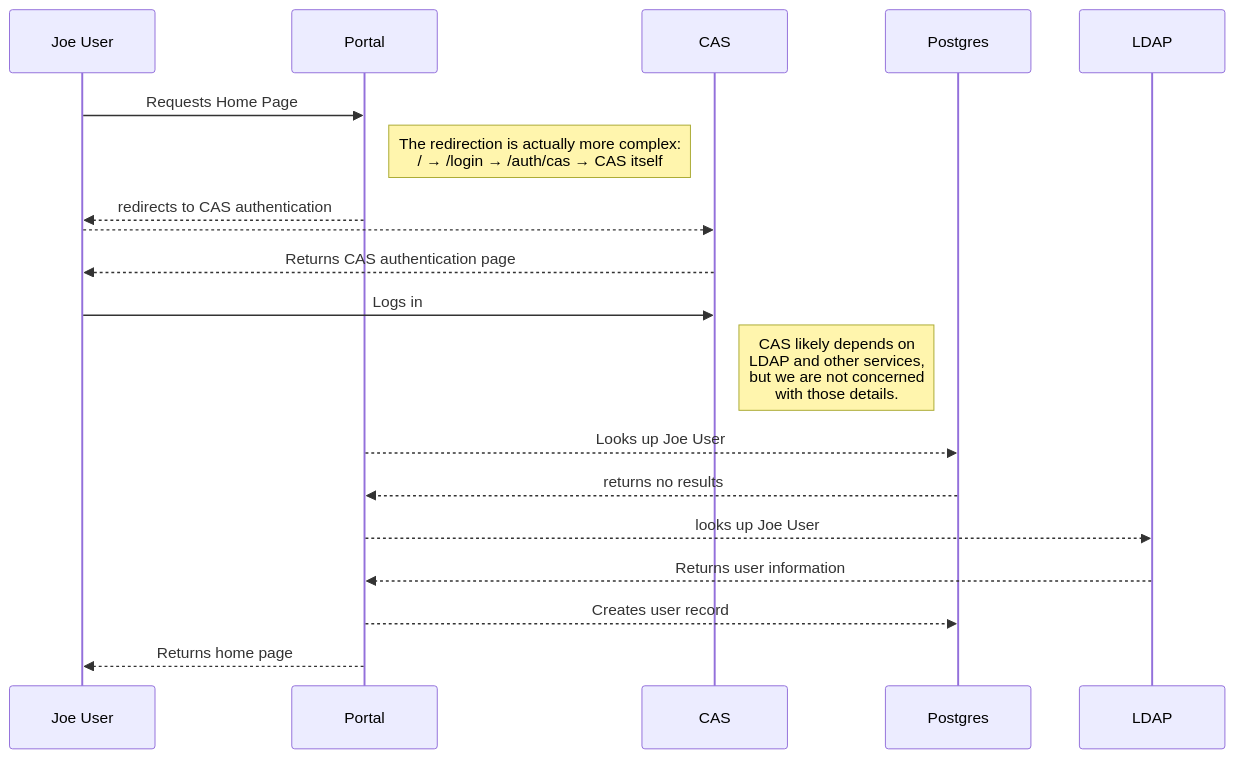
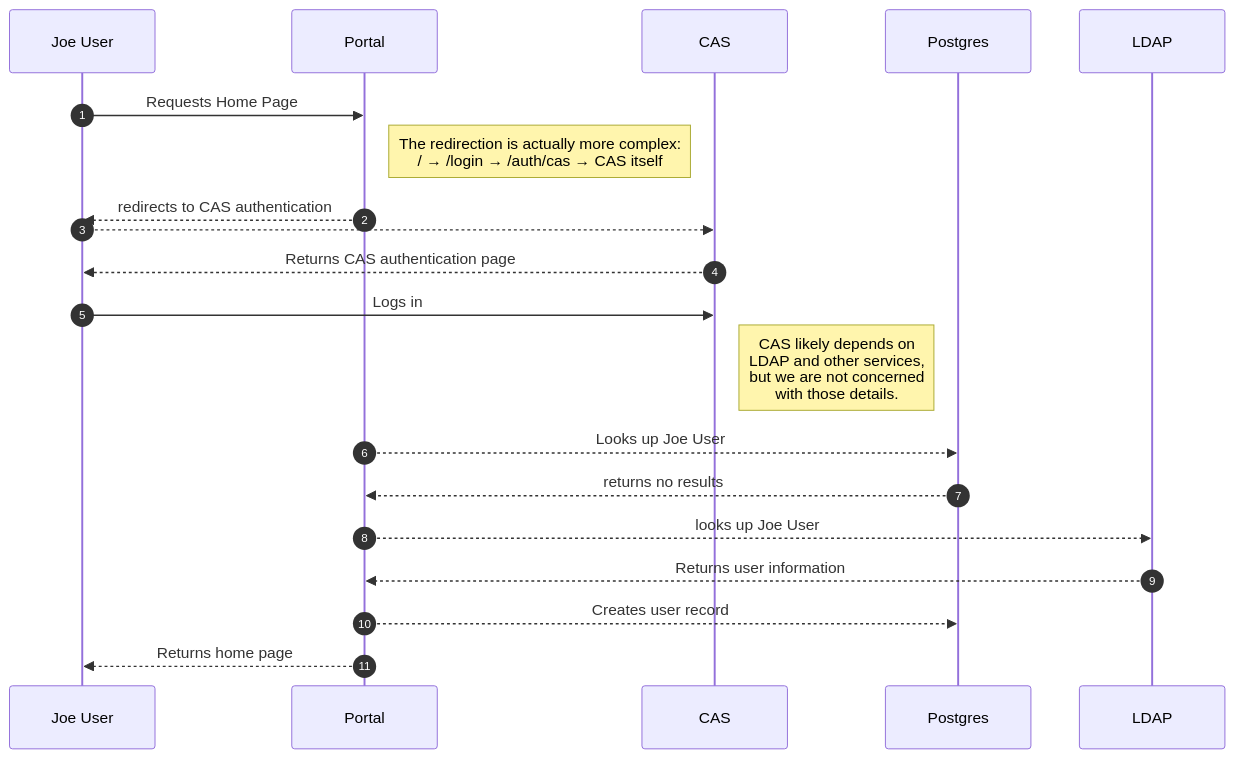
One commit to brandondrew/mermaid_experiments changed the first of 3 diagrams in README.md. Above: the diagram before and after it, drawn with Mermaid.

Commit message:
🥳 🔢 add autonumbering

````diff
--- a/README.md
+++ b/README.md
@@ -11,20 +11,21 @@
 ```mermaid
 sequenceDiagram
+    autonumber
     Joe User ->> Portal: Requests Home Page
     Note right of Portal: The redirection is actually more complex:<br/> / → /login → /auth/cas → CAS itself
     Portal -->> Joe User: redirects to CAS authentication
     Joe User -->> CAS: 
     CAS -->> Joe User: Returns CAS authentication page
     Joe User ->> CAS: Logs in
 
     Note right of CAS: CAS likely depends on<br/> LDAP and other services,<br/> but we are not concerned<br/> with those details.
     %% CAS -->> LDAP: looks up user
     %% LDAP -->> CAS: returns user information
     
     Portal -->> Postgres: Looks up Joe User
     Postgres -->> Portal: returns no results
     Portal -->> LDAP: looks up Joe User
     LDAP -->> Portal: Returns user information
     Portal -->> Postgres: Creates user record
     Portal -->> Joe User: Returns home page
 ```
````
